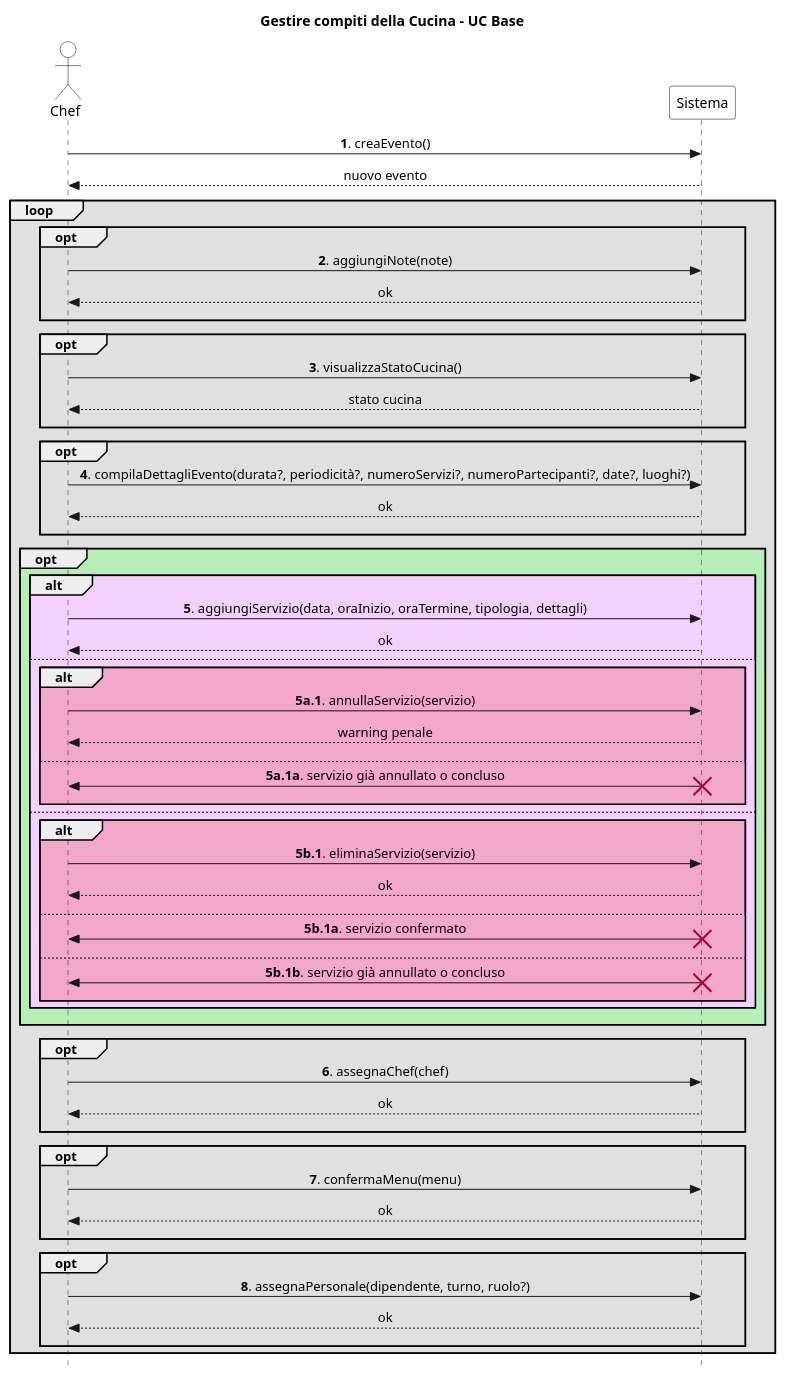
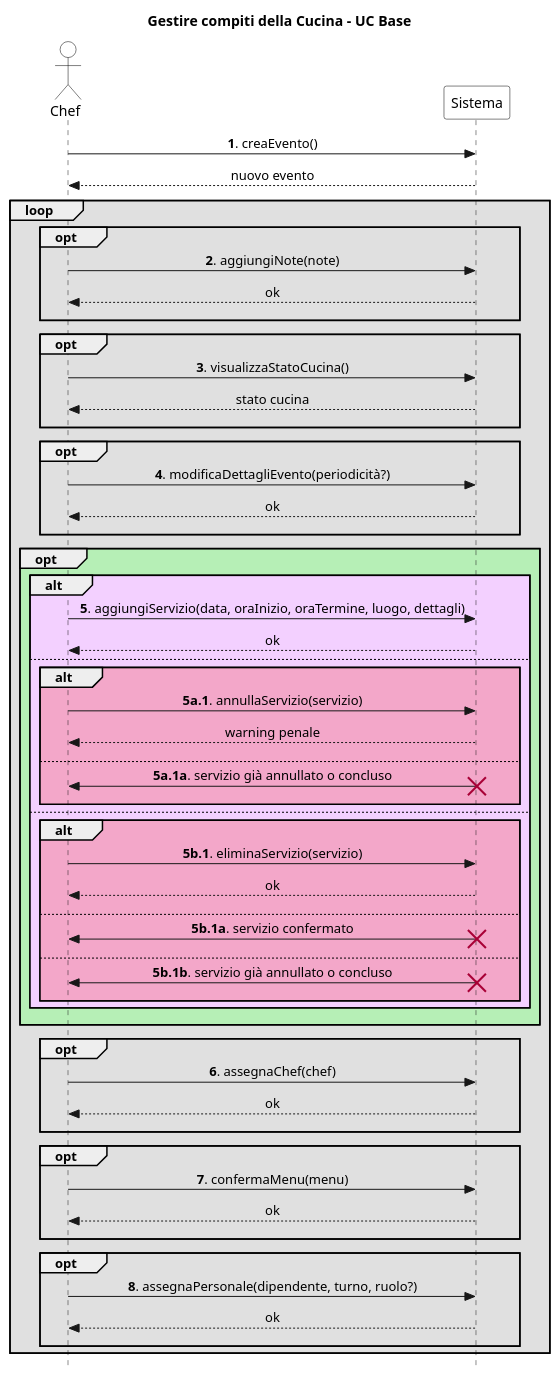
The diagram in UP/Requisiti/UC Gestire Eventi/SSD/Estensioni-Eccezioni Op5.puml (stefa168/sas-project), drawn with PlantUML before and after one commit. The commit also changed 4 other files, not shown here.

Commit message:
Spostata la responsabilità dei dettagli dell'evento ai servizi.

```diff
--- a/UP/Requisiti/UC Gestire Eventi/SSD/Estensioni-Eccezioni Op5.puml
+++ b/UP/Requisiti/UC Gestire Eventi/SSD/Estensioni-Eccezioni Op5.puml
@@ -1,89 +1,89 @@
 @startuml
 skinparam Style strictuml
 skinparam SequenceMessageAlign center
 
 skinparam sequence {
     ActorBorderColor Black
     ActorBackgroundColor White
     ParticipantBorderColor Black
     ParticipantBackgroundColor White
 }
 
 actor Chef
 participant Sistema
 
 title Gestire compiti della Cucina - UC Base
 
 Chef -> Sistema: **1**. creaEvento()
 return nuovo evento
 
 loop #e0e0e0
     opt #e0e0e0
         Chef -> Sistema: **2**. aggiungiNote(note)
         return ok
         ||10||
     end
 
     opt #e0e0e0
         Chef -> Sistema: **3**. visualizzaStatoCucina()
         return stato cucina
         ||10||
     end
 
     opt #e0e0e0
-        Chef -> Sistema: **4**. compilaDettagliEvento(durata?, periodicità?, numeroServizi?, numeroPartecipanti?, date?, luoghi?)
+        Chef -> Sistema: **4**. modificaDettagliEvento(periodicità?)
         return ok
         ||10||
     end
 
     opt #b6efb6
         alt #f3d0ff
-            Chef -> Sistema: **5**. aggiungiServizio(data, oraInizio, oraTermine, tipologia, dettagli)
+            Chef -> Sistema: **5**. aggiungiServizio(data, oraInizio, oraTermine, luogo, dettagli)
             return ok
         else
             alt #f3a7c9
                 Chef -> Sistema: **5a.1**. annullaServizio(servizio)
                 return warning penale
                 ||10||
             else
                 Chef <- Sistema: **5a.1a**. servizio già annullato o concluso
                 destroy Sistema
                 ||10||
             end
         else
             alt #f3a7c9
                 Chef -> Sistema: **5b.1**. eliminaServizio(servizio)
                 return ok
                 ||10||
             else
                 Chef <- Sistema: **5b.1a**. servizio confermato
                 destroy Sistema
                 ||10||
             else
                 Chef <- Sistema: **5b.1b**. servizio già annullato o concluso
                 destroy Sistema
                 ||10||
             end
         end
         ||10||
     end
 
     opt #e0e0e0
         Chef -> Sistema: **6**. assegnaChef(chef)
         return ok
         ||10||
     end
 
     opt #e0e0e0
         Chef -> Sistema: **7**. confermaMenu(menu)
         return ok
         ||10||
     end
 
     opt #e0e0e0
         Chef -> Sistema: **8**. assegnaPersonale(dipendente, turno, ruolo?)
         return ok
         ||10||
     end
 end
 @enduml
```
